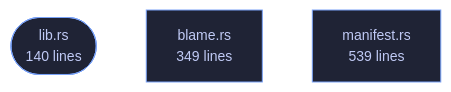
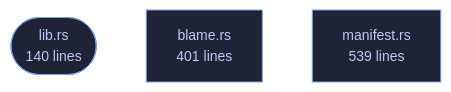
One commit to tilas01/veilvoice changed the diagram in crates/veilvoice-guard/README.md. Above: the diagram before and after it, drawn with Mermaid. The commit also changed other lines of this file and 309 other files, not shown here.

````diff
--- a/crates/veilvoice-guard/README.md
+++ b/crates/veilvoice-guard/README.md
@@ -85,7 +85,7 @@
 ```mermaid
 %%{init: {"theme":"base","themeVariables":{"background":"#1a1b26","primaryColor":"#1f2335","primaryTextColor":"#c0caf5","primaryBorderColor":"#7aa2f7","secondaryColor":"#16161e","tertiaryColor":"#16161e","lineColor":"#737aa2","textColor":"#c0caf5","mainBkg":"#1f2335","nodeBorder":"#7aa2f7","clusterBkg":"#16161e","clusterBorder":"#2f3549","fontFamily":"ui-monospace, SFMono-Regular, Consolas, monospace","fontSize":"14px"}}}%%
 flowchart TD
     n_lib(["lib.rs<br/>140 lines"])
-    n_blame["blame.rs<br/>349 lines"]
+    n_blame["blame.rs<br/>401 lines"]
     n_manifest["manifest.rs<br/>539 lines"]
 ```
````
